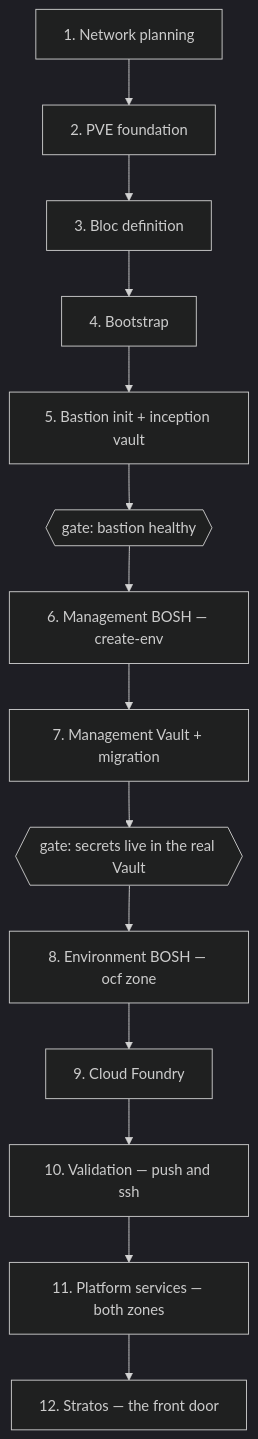
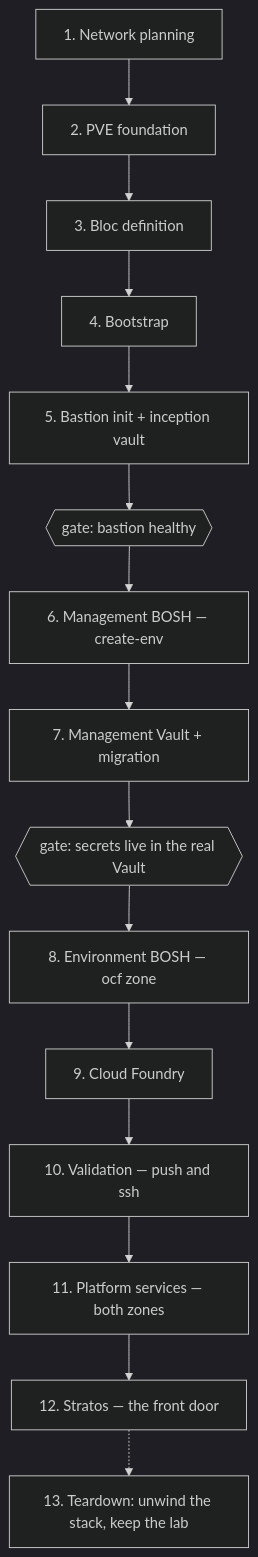
One commit to fivetwenty-io/ocfp-cli changed the diagram in docs/runbooks/pve/README.md. Above: the diagram before and after it, drawn with Mermaid (dark theme). The commit also changed other lines of this file and 2 other files, not shown here.

First line of the commit message:
Add the teardown chapter to the PVE runbook series

````diff
--- a/docs/runbooks/pve/README.md
+++ b/docs/runbooks/pve/README.md
@@ -19,16 +19,17 @@
 ```mermaid
 flowchart TD
     P1[1. Network planning] --> P2[2. PVE foundation]
     P2 --> P3[3. Bloc definition]
     P3 --> P4[4. Bootstrap]
     P4 --> P5[5. Bastion init + inception vault]
     P5 --> G1{{gate: bastion healthy}}
     G1 --> P6[6. Management BOSH — create-env]
     P6 --> P7[7. Management Vault + migration]
     P7 --> G2{{gate: secrets live in the real Vault}}
     G2 --> P8[8. Environment BOSH — ocf zone]
     P8 --> P9[9. Cloud Foundry]
     P9 --> P10[10. Validation — push and ssh]
     P10 --> P11[11. Platform services — both zones]
     P11 --> P12[12. Stratos — the front door]
+    P12 -.-> P13[13. Teardown: unwind the stack, keep the lab]
 ```
````
